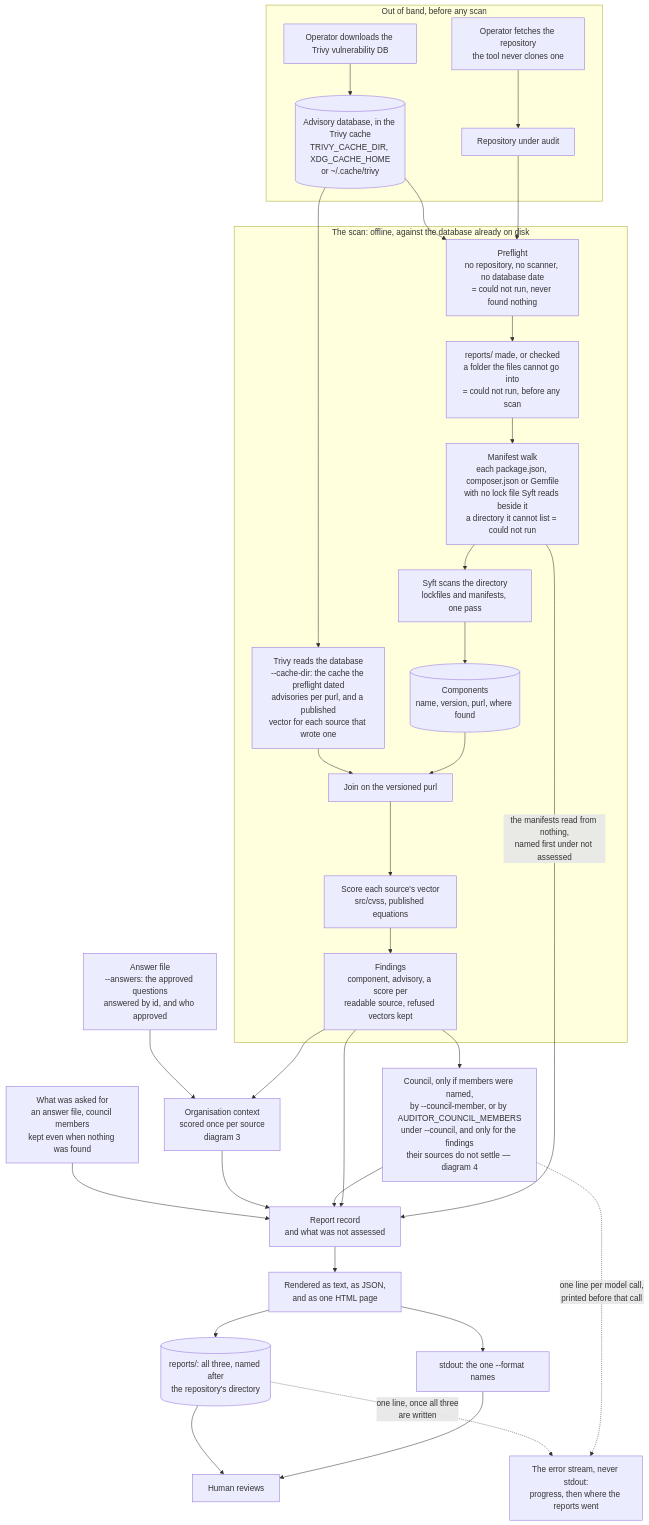
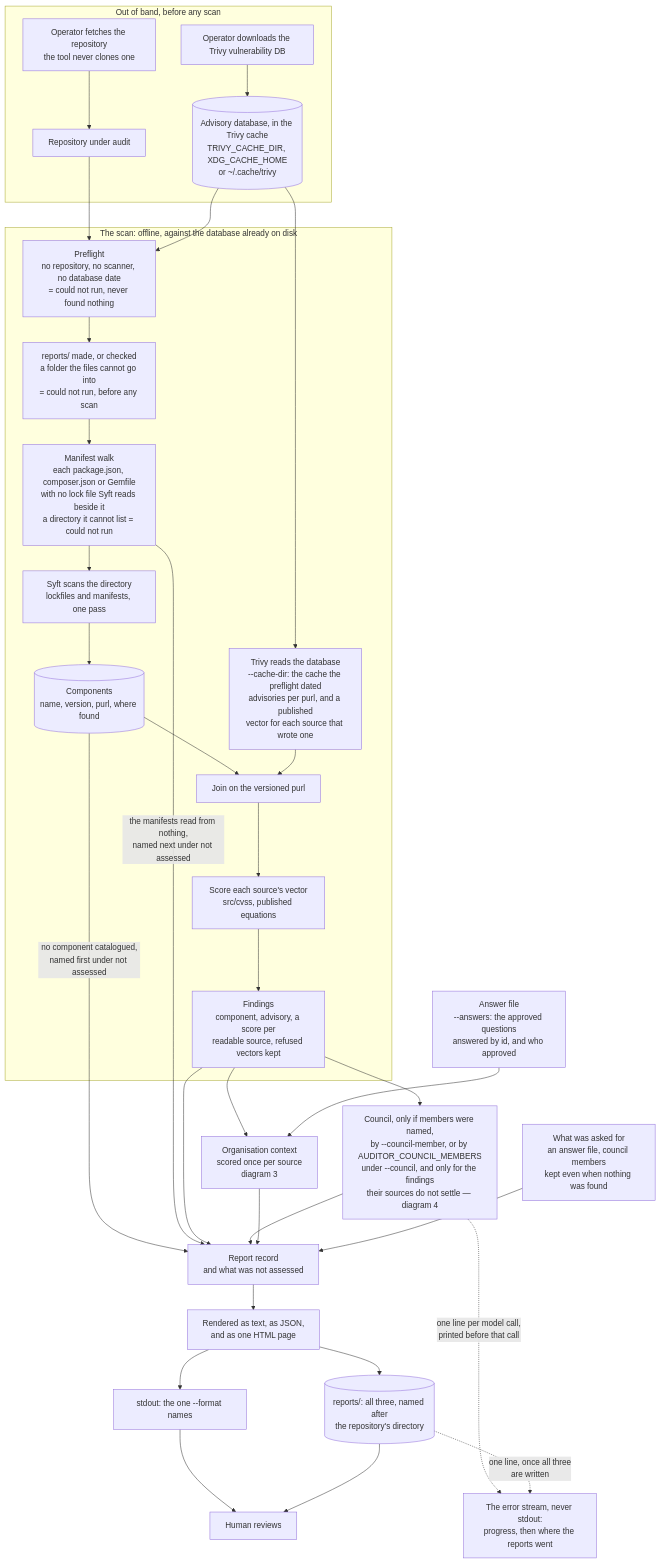
One commit to heinthtnaung/AgenticLLMAppAuditor changed the first of 5 diagrams in docs/diagrams.md. Above: the diagram before and after it, drawn with Mermaid. The commit also changed other lines of this file and 13 other files, not shown here.

````diff
--- a/docs/diagrams.md
+++ b/docs/diagrams.md
@@ -36,40 +36,41 @@
 ```mermaid
 flowchart TD
     subgraph OOB["Out of band, before any scan"]
         fetch["Operator downloads the Trivy vulnerability DB"] --> adb[("Advisory database, in the Trivy cache<br/>TRIVY_CACHE_DIR, XDG_CACHE_HOME<br/>or ~/.cache/trivy")]
         get["Operator fetches the repository<br/>the tool never clones one"] --> repo["Repository under audit"]
     end
 
     subgraph SCAN["The scan: offline, against the database already on disk"]
         pre["Preflight<br/>no repository, no scanner, no database date<br/>= could not run, never found nothing"]
         repo --> pre
         pre --> rdir["reports/ made, or checked<br/>a folder the files cannot go into<br/>= could not run, before any scan"]
         rdir --> walk["Manifest walk<br/>each package.json, composer.json or Gemfile<br/>with no lock file Syft reads beside it<br/>a directory it cannot list = could not run"]
         walk --> syft["Syft scans the directory<br/>lockfiles and manifests, one pass"]
         syft --> comp[("Components<br/>name, version, purl, where found")]
         trivy["Trivy reads the database<br/>--cache-dir: the cache the preflight dated<br/>advisories per purl, and a published<br/>vector for each source that wrote one"]
         comp --> join["Join on the versioned purl"]
         trivy --> join
         join --> asm["Score each source's vector<br/>src/cvss, published equations"]
         asm --> fin["Findings<br/>component, advisory, a score per<br/>readable source, refused vectors kept"]
     end
 
     adb --> pre
     adb --> trivy
-    walk -->|"the manifests read from nothing,<br/>named first under not assessed"| rec
+    comp -->|"no component catalogued,<br/>named first under not assessed"| rec
+    walk -->|"the manifests read from nothing,<br/>named next under not assessed"| rec
 
     fin --> cou["Council, only if members were named,<br/>by --council-member, or by AUDITOR_COUNCIL_MEMBERS<br/>under --council, and only for the findings<br/>their sources do not settle — diagram 4"]
     fin --> ctx["Organisation context<br/>scored once per source<br/>diagram 3"]
     ans["Answer file<br/>--answers: the approved questions<br/>answered by id, and who approved"] --> ctx
     fin --> rec["Report record<br/>and what was not assessed"]
     cou --> rec
     ctx --> rec
     asked["What was asked for<br/>an answer file, council members<br/>kept even when nothing was found"] --> rec
     rec --> rnd["Rendered as text, as JSON,<br/>and as one HTML page"]
     rnd --> out["stdout: the one --format names"]
     rnd --> saved[("reports/: all three, named after<br/>the repository's directory")]
     out --> hum["Human reviews"]
     saved --> hum
     cou -. "one line per model call,<br/>printed before that call" .-> err["The error stream, never stdout:<br/>progress, then where the reports went"]
     saved -. "one line, once all three<br/>are written" .-> err
 ```
````
